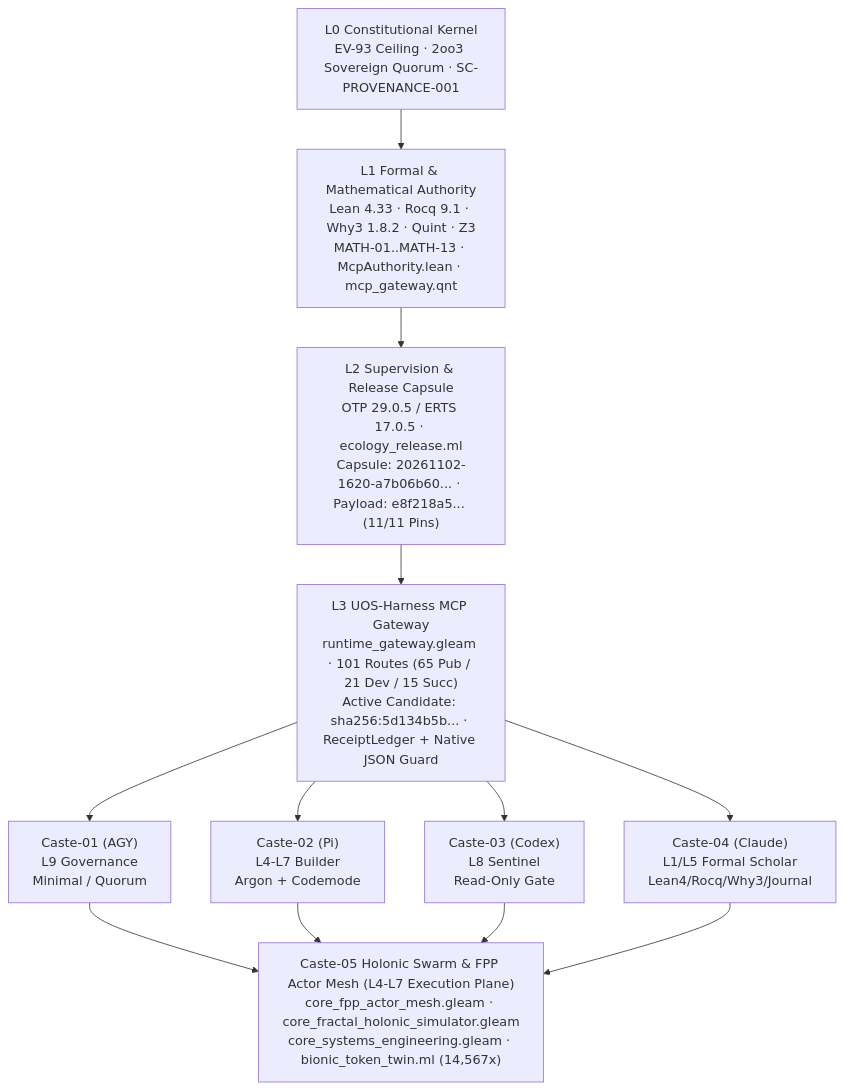
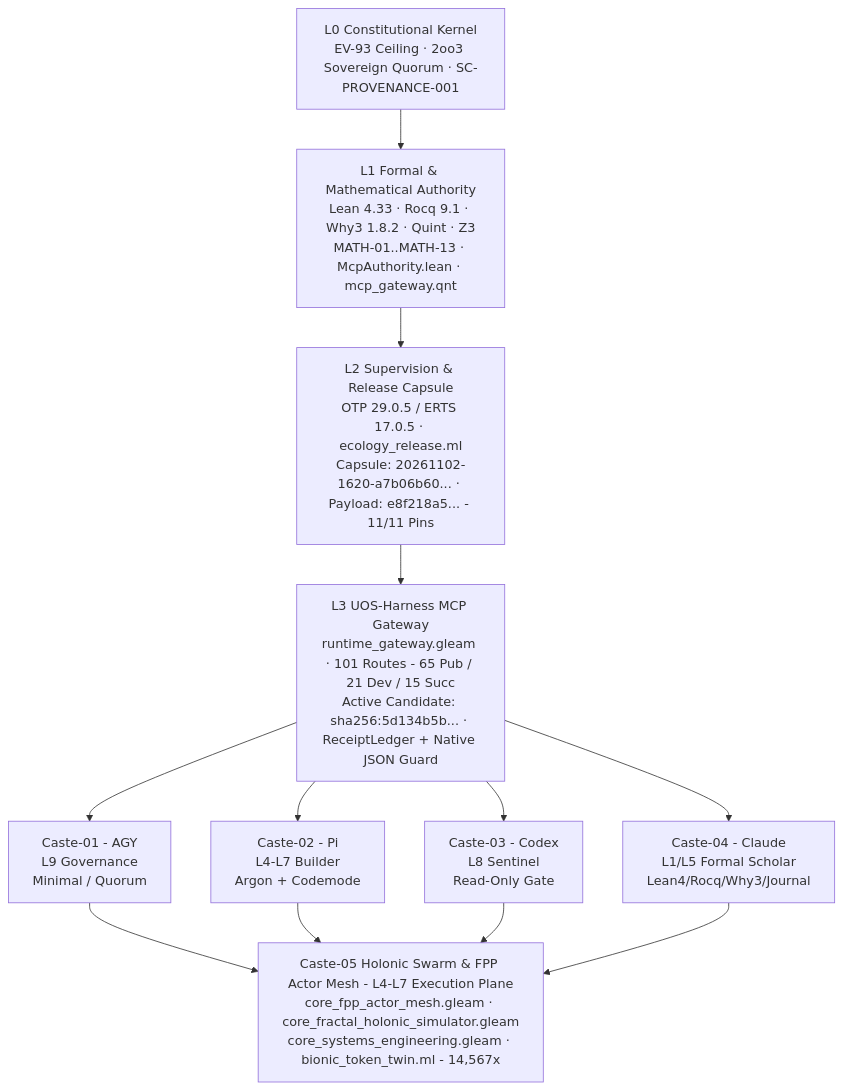
Before and after one commit to Anaik7799/uos: the diagram in docs/journal/20261103-0645-uos-harness-101-route-audit-identity-reconciliation-and-complete-session-journal.md, drawn with Mermaid. The commit also changed other lines of this file and 28 other files, not shown here.

Commit message:
feat(main,mcp,sa_plan,ui): reconcile 104-route MCP/feature census suites, integrate test_sa_plan_recovery_snapshot, fix sa_plan dune rpath & eliminate all 22 Gleam compiler warnings

````diff
--- a/docs/journal/20261103-0645-uos-harness-101-route-audit-identity-reconciliation-and-complete-session-journal.md
+++ b/docs/journal/20261103-0645-uos-harness-101-route-audit-identity-reconciliation-and-complete-session-journal.md
@@ -160,14 +132,14 @@
 ```mermaid
 flowchart TD
     L0["L0 Constitutional Kernel<br/>EV-93 Ceiling · 2oo3 Sovereign Quorum · SC-PROVENANCE-001"] --> L1["L1 Formal & Mathematical Authority<br/>Lean 4.33 · Rocq 9.1 · Why3 1.8.2 · Quint · Z3<br/>MATH-01..MATH-13 · McpAuthority.lean · mcp_gateway.qnt"]
-    L1 --> L2["L2 Supervision & Release Capsule<br/>OTP 29.0.5 / ERTS 17.0.5 · ecology_release.ml<br/>Capsule: 20261102-1620-a7b06b60... · Payload: e8f218a5... (11/11 Pins)"]
-    L2 --> L3["L3 UOS-Harness MCP Gateway<br/>runtime_gateway.gleam · 101 Routes (65 Pub / 21 Dev / 15 Succ)<br/>Active Candidate: sha256:5d134b5b... · ReceiptLedger + Native JSON Guard"]
-    L3 --> C1["Caste-01 (AGY)<br/>L9 Governance<br/>Minimal / Quorum"]
-    L3 --> C2["Caste-02 (Pi)<br/>L4-L7 Builder<br/>Argon + Codemode"]
-    L3 --> C3["Caste-03 (Codex)<br/>L8 Sentinel<br/>Read-Only Gate"]
-    L3 --> C4["Caste-04 (Claude)<br/>L1/L5 Formal Scholar<br/>Lean4/Rocq/Why3/Journal"]
-    C1 --> C5["Caste-05 Holonic Swarm & FPP Actor Mesh (L4-L7 Execution Plane)<br/>core_fpp_actor_mesh.gleam · core_fractal_holonic_simulator.gleam<br/>core_systems_engineering.gleam · bionic_token_twin.ml (14,567x)"]
+    L1 --> L2["L2 Supervision & Release Capsule<br/>OTP 29.0.5 / ERTS 17.0.5 · ecology_release.ml<br/>Capsule: 20261102-1620-a7b06b60... · Payload: e8f218a5... - 11/11 Pins"]
+    L2 --> L3["L3 UOS-Harness MCP Gateway<br/>runtime_gateway.gleam · 101 Routes - 65 Pub / 21 Dev / 15 Succ<br/>Active Candidate: sha256:5d134b5b... · ReceiptLedger + Native JSON Guard"]
+    L3 --> C1["Caste-01 - AGY<br/>L9 Governance<br/>Minimal / Quorum"]
+    L3 --> C2["Caste-02 - Pi<br/>L4-L7 Builder<br/>Argon + Codemode"]
+    L3 --> C3["Caste-03 - Codex<br/>L8 Sentinel<br/>Read-Only Gate"]
+    L3 --> C4["Caste-04 - Claude<br/>L1/L5 Formal Scholar<br/>Lean4/Rocq/Why3/Journal"]
+    C1 --> C5["Caste-05 Holonic Swarm & FPP Actor Mesh - L4-L7 Execution Plane<br/>core_fpp_actor_mesh.gleam · core_fractal_holonic_simulator.gleam<br/>core_systems_engineering.gleam · bionic_token_twin.ml - 14,567x"]
     C2 --> C5
     C3 --> C5
     C4 --> C5
 ```
````
